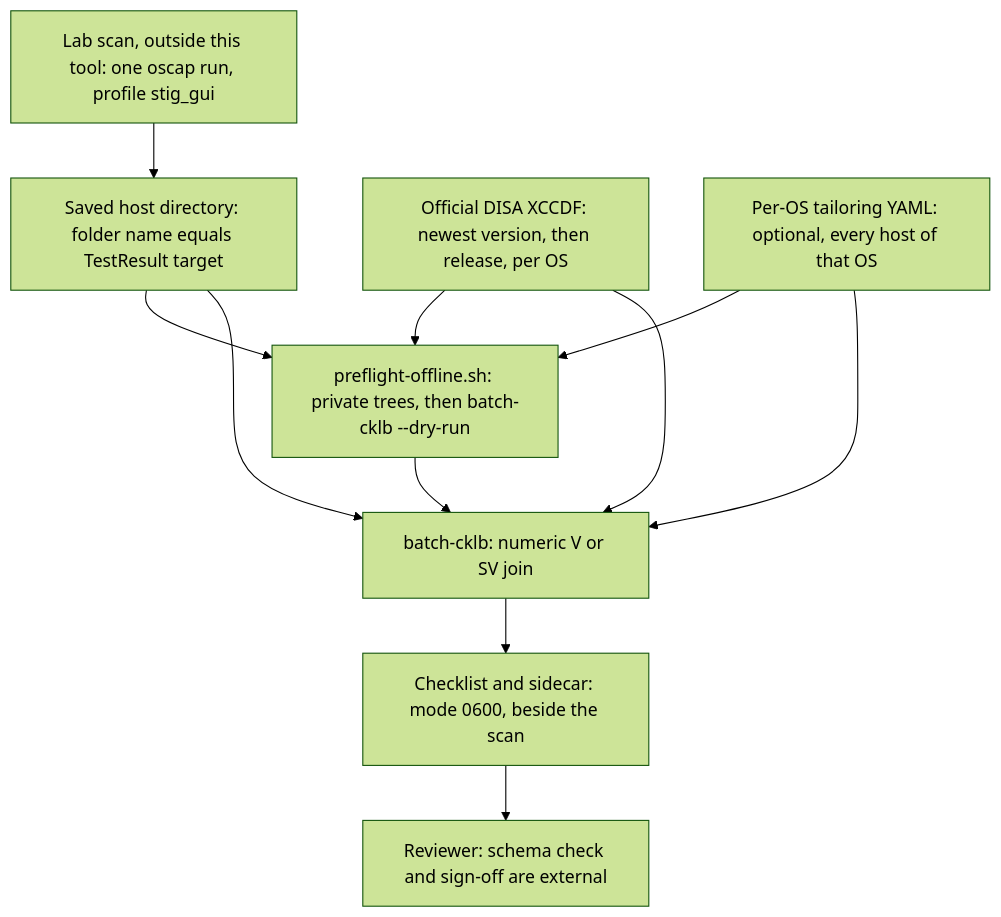
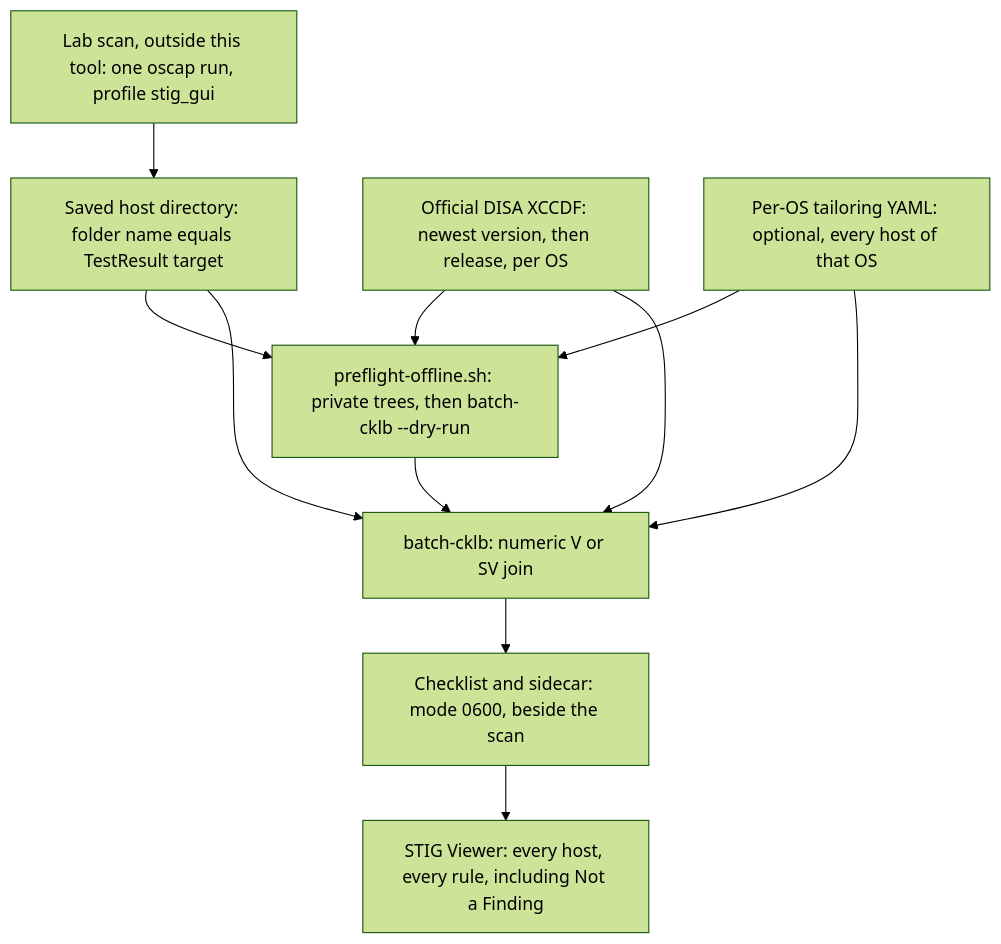
Before and after one commit to zcook44/burden-of-proof: the diagram in docs/RHEL-OSCAP-WORKFLOW.md, drawn with Mermaid (forest theme). The commit also changed other lines of this file and 14 other files, not shown here.

First line of the commit message:
Document the 2.1.0 toolkit as one package and a STIG Viewer handoff.

````diff
--- a/docs/RHEL-OSCAP-WORKFLOW.md
+++ b/docs/RHEL-OSCAP-WORKFLOW.md
@@ -13,21 +13,21 @@
 ```mermaid
 flowchart TD
   lab["Lab scan, outside this tool: one oscap run, profile stig_gui"]
   scan["Saved host directory: folder name equals TestResult target"]
   bench["Official DISA XCCDF: newest version, then release, per OS"]
   policy["Per-OS tailoring YAML: optional, every host of that OS"]
   pre["preflight-offline.sh: private trees, then batch-cklb --dry-run"]
   batch["batch-cklb: numeric V or SV join"]
   out["Checklist and sidecar: mode 0600, beside the scan"]
-  human["Reviewer: schema check and sign-off are external"]
+  human["STIG Viewer: every host, every rule, including Not a Finding"]
   lab --> scan
   scan --> pre
   bench --> pre
   policy --> pre
   pre --> batch
   scan --> batch
   bench --> batch
   policy --> batch
   batch --> out
   out --> human
 ```
````
